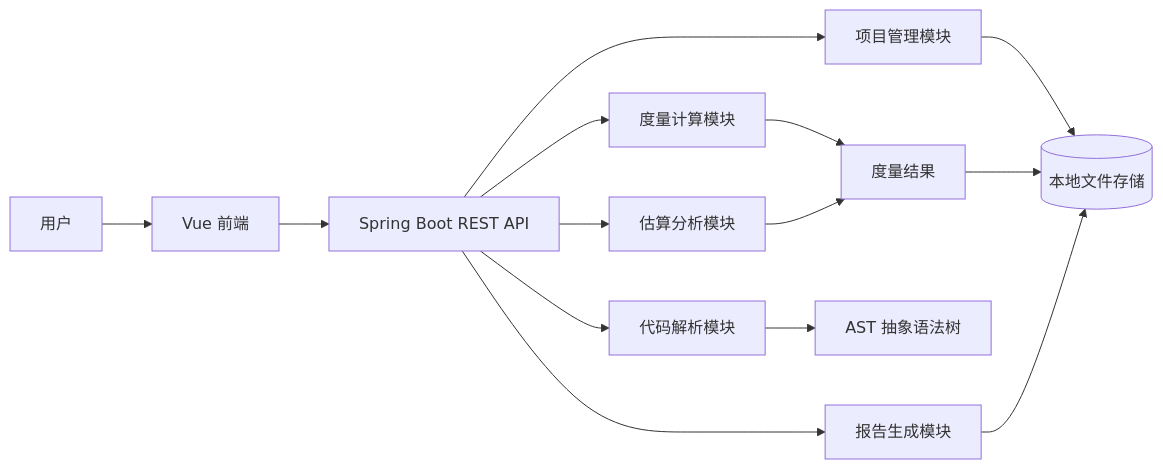
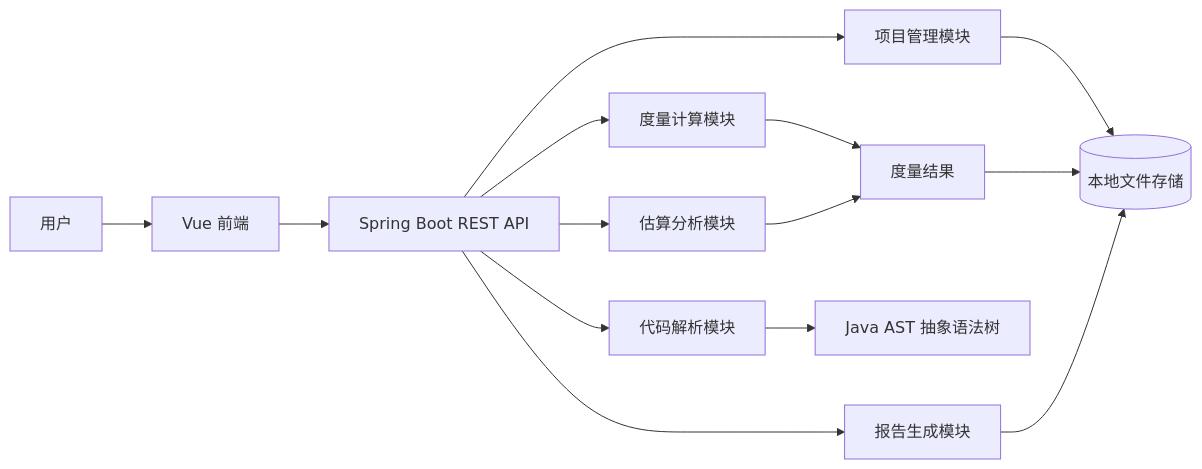
Before and after one commit to QINGkaka/SMAP: the first of 7 diagrams in 软件度量自动化工具实验指导方案.md, drawn with Mermaid. The commit also changed other lines of this file and 64 other files, not shown here.

````diff
--- a/软件度量自动化工具实验指导方案.md
+++ b/软件度量自动化工具实验指导方案.md
@@ -64,16 +89,16 @@
 ```mermaid
 flowchart LR
     User["用户"] --> Front["Vue 前端"]
     Front --> Api["Spring Boot REST API"]
     Api --> Project["项目管理模块"]
     Api --> Parser["代码解析模块"]
     Api --> Metric["度量计算模块"]
     Api --> Estimate["估算分析模块"]
     Api --> Report["报告生成模块"]
-    Parser --> AST["AST 抽象语法树"]
+    Parser --> AST["Java AST 抽象语法树"]
     Metric --> Result["度量结果"]
     Estimate --> Result
     Project --> Store[("本地文件存储")]
     Result --> Store
     Report --> Store
 ```
````
